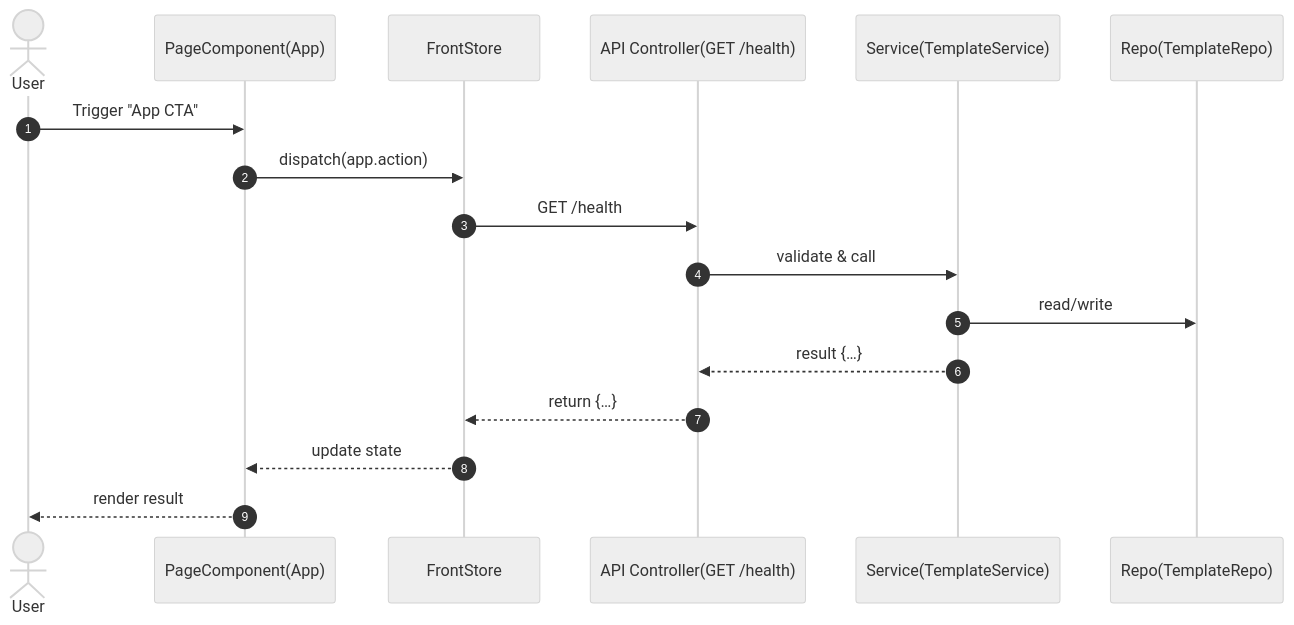
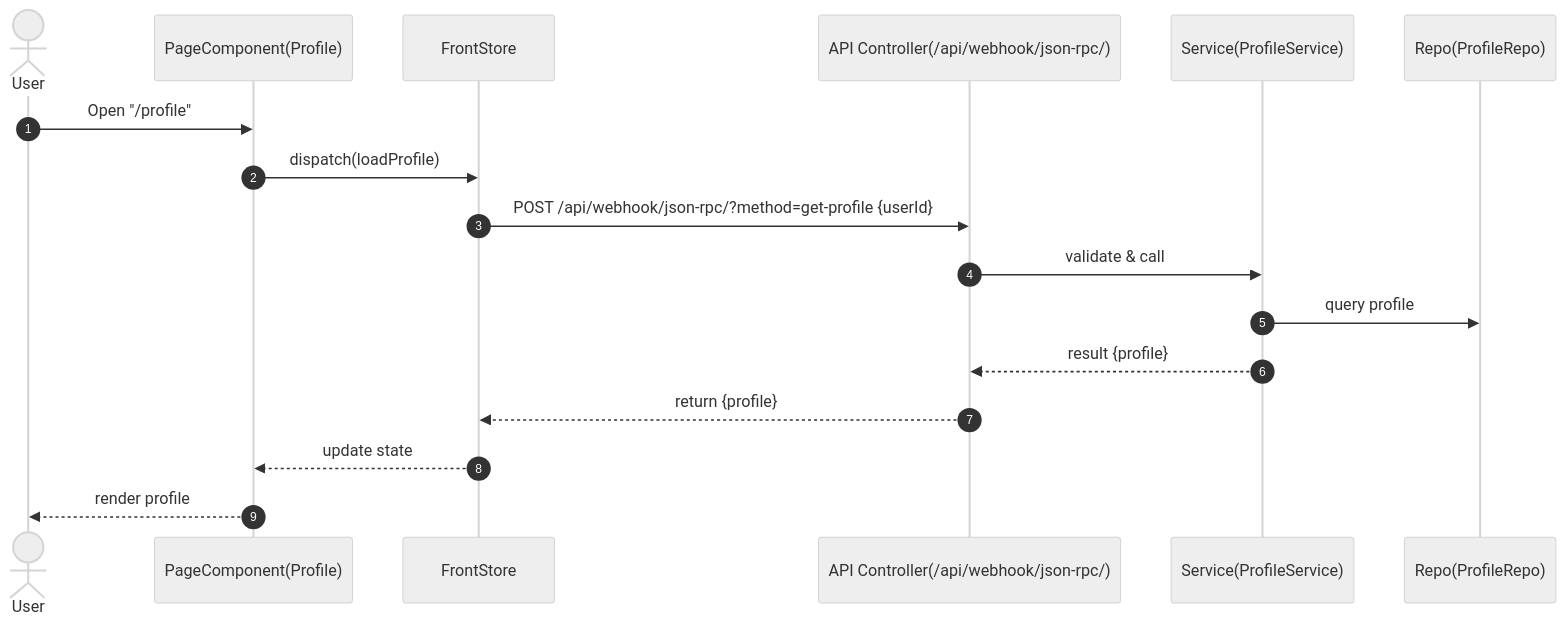
The sixth of 8 diagrams in docs/UX_MAP.md (borzoyuniverse/ai-prosto-i-zdorovo), drawn with Mermaid (neutral theme) before and after one commit. The commit also changed other lines of this file and 17 other files, not shown here.

````diff
--- a/docs/UX_MAP.md
+++ b/docs/UX_MAP.md
@@ -20,20 +211,20 @@
 ```mermaid
 sequenceDiagram
   autonumber
   actor U as User
-  participant P as PageComponent(App)
+  participant P as PageComponent(Profile)
   participant S as FrontStore
-  participant C as API Controller(GET /health)
-  participant SV as Service(TemplateService)
-  participant R as Repo(TemplateRepo)
+  participant C as API Controller(/api/webhook/json-rpc/)
+  participant SV as Service(ProfileService)
+  participant R as Repo(ProfileRepo)
 
-  U->>P: Trigger "App CTA"
-  P->>S: dispatch(app.action)
-  S->>C: GET /health
+  U->>P: Open "/profile"
+  P->>S: dispatch(loadProfile)
+  S->>C: POST /api/webhook/json-rpc/?method=get-profile {userId}
   C->>SV: validate & call
-  SV->>R: read/write
-  SV-->>C: result {…}
-  C-->>S: return {…}
+  SV->>R: query profile
+  SV-->>C: result {profile}
+  C-->>S: return {profile}
   S-->>P: update state
-  P-->>U: render result
+  P-->>U: render profile
 ```
````
